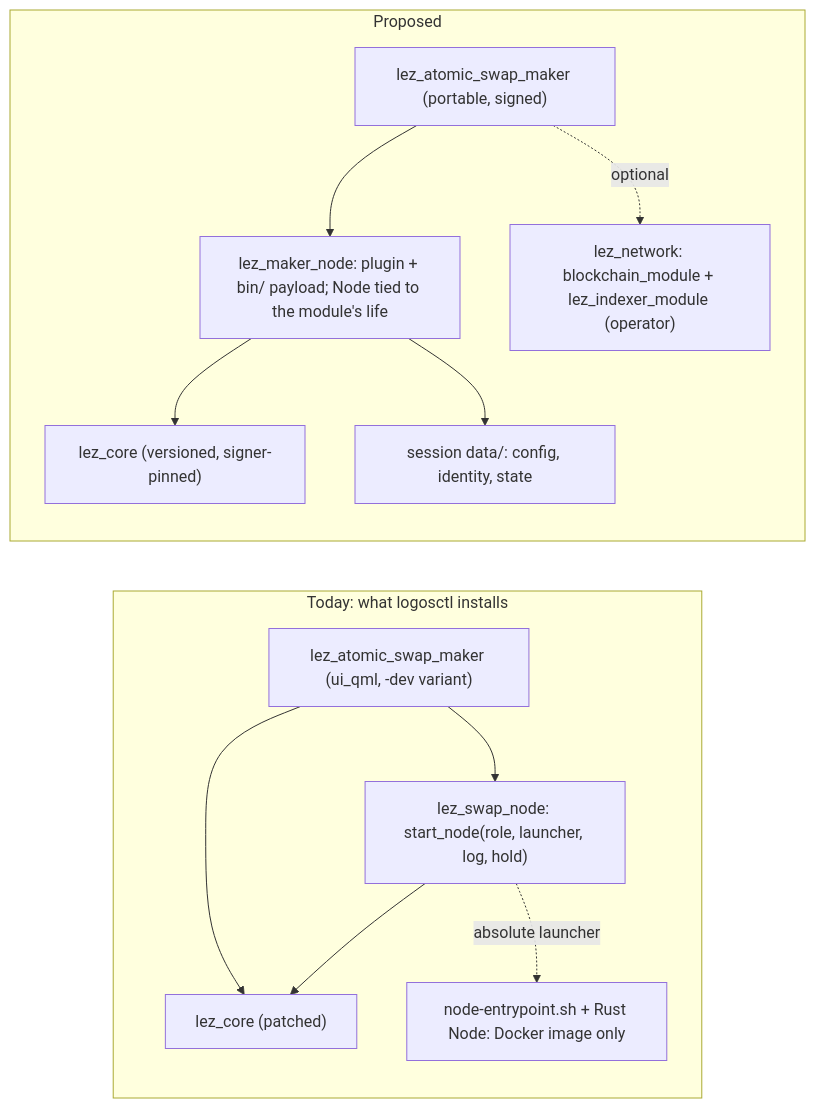
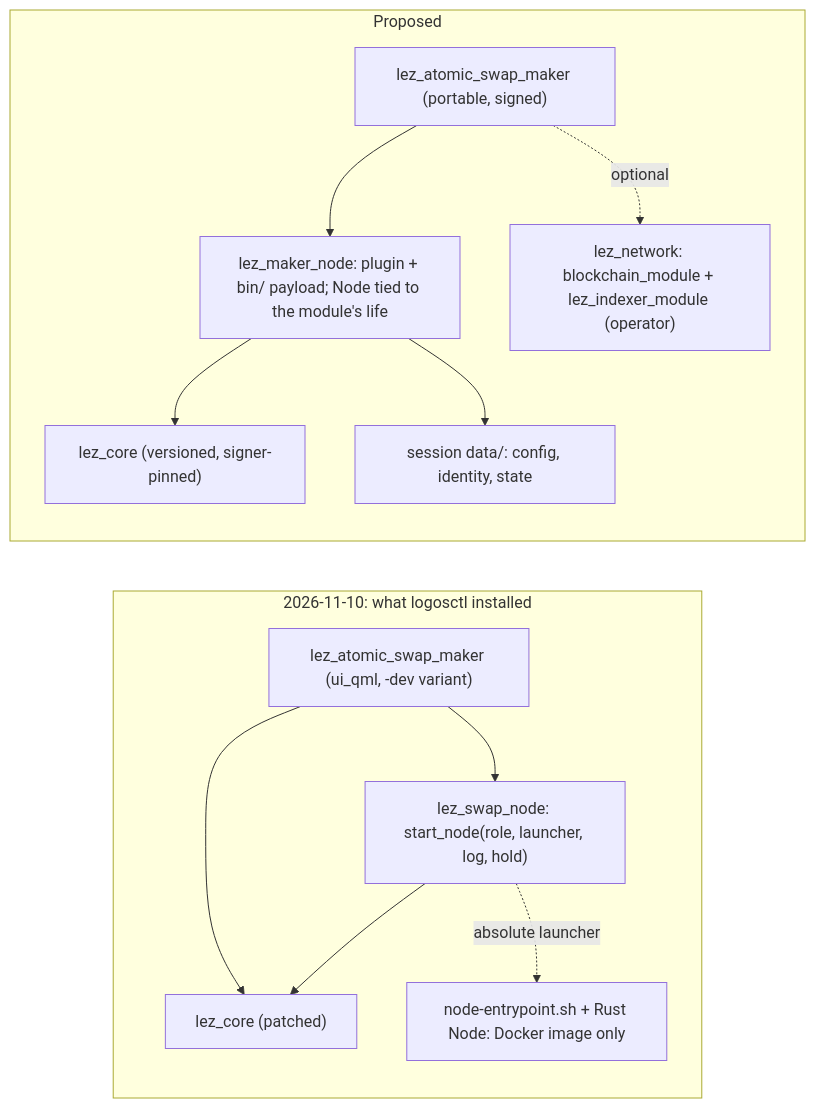
The diagram in docs/architecture/logos-native-packaging.md (gateway-fm/lez-atomic-swaps), drawn with Mermaid before and after one commit. The commit also changed other lines of this file and 18 other files, not shown here.

````diff
--- a/docs/architecture/logos-native-packaging.md
+++ b/docs/architecture/logos-native-packaging.md
@@ -5,15 +6,15 @@
 ```mermaid
 flowchart LR
-    subgraph today["Today: what logosctl installs"]
+    subgraph today["2026-11-10: what logosctl installed"]
         Desk["lez_atomic_swap_maker (ui_qml, -dev variant)"] --> Sup["lez_swap_node: start_node(role, launcher, log, hold)"]
         Desk --> Core["lez_core (patched)"]
         Sup --> Core
         Sup -. "absolute launcher" .-> Compose["node-entrypoint.sh + Rust Node: Docker image only"]
     end
     subgraph proposed["Proposed"]
         Desk2["lez_atomic_swap_maker (portable, signed)"] --> Payload["lez_maker_node: plugin + bin/ payload; Node tied to the module's life"]
         Payload --> Core2["lez_core (versioned, signer-pinned)"]
         Desk2 -. "optional" .-> Net["lez_network: blockchain_module + lez_indexer_module (operator)"]
         Payload --> Data["session data/: config, identity, state"]
     end
 ```
````
